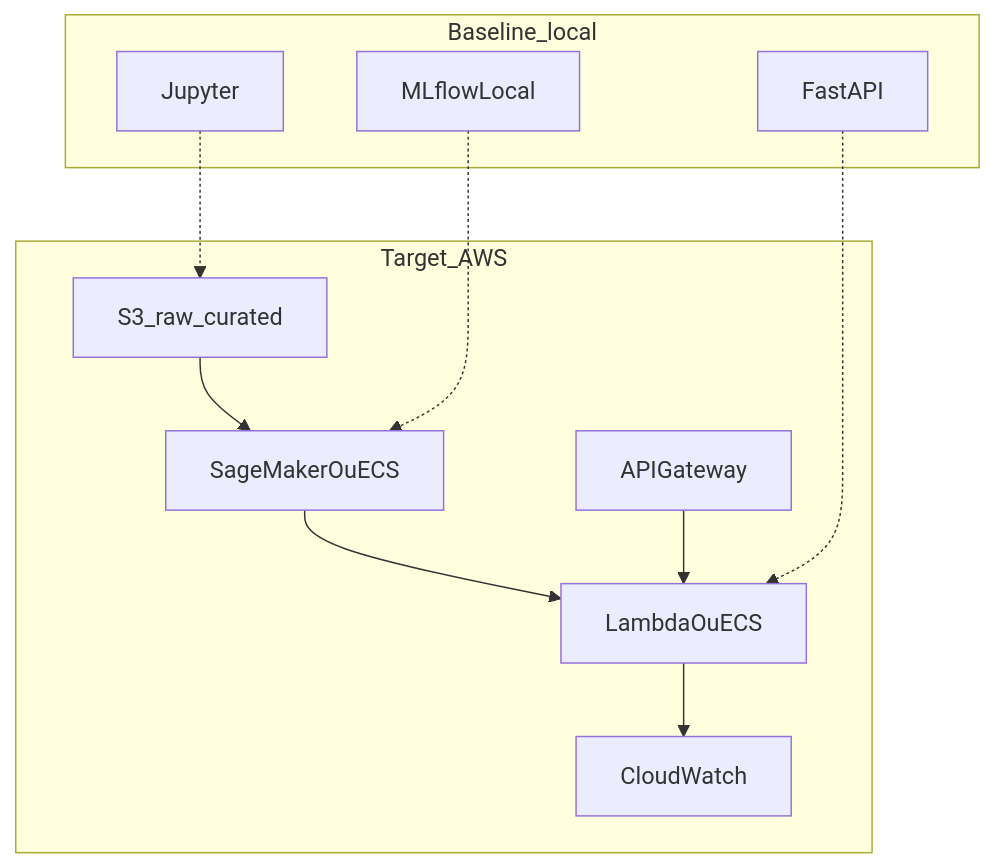
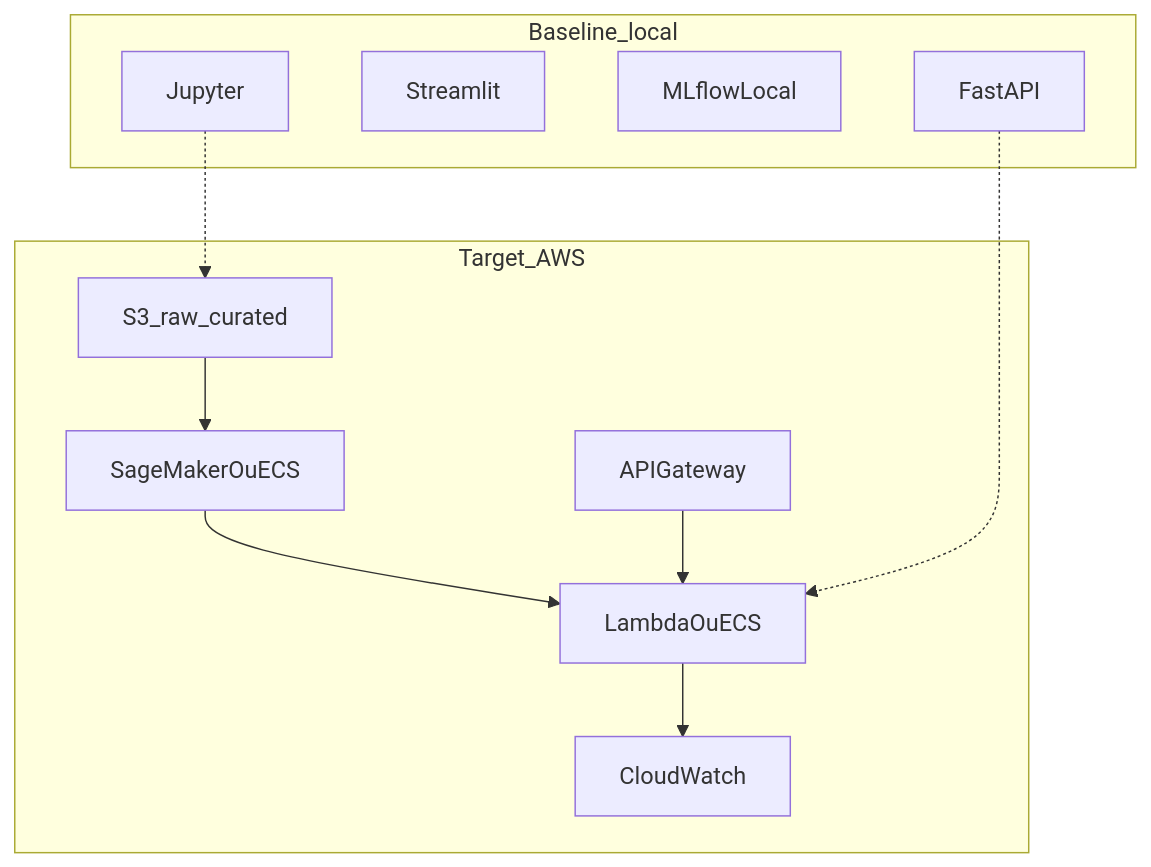
One commit to edu1006/datathon-7mlet changed the eighth of 8 diagrams in README.md. Above: the diagram before and after it, drawn with Mermaid. The commit also changed other lines of this file and 22 other files, not shown here.

````diff
--- a/README.md
+++ b/README.md
@@ -287,20 +303,20 @@
 ```mermaid
 flowchart TB
   subgraph local [Baseline_local]
     nb[Jupyter]
+    ui2[Streamlit]
     mlf[MLflowLocal]
     fa[FastAPI]
   end
   subgraph aws [Target_AWS]
     s3[S3_raw_curated]
     job[SageMakerOuECS]
     apigw[APIGateway]
     rec[LambdaOuECS]
     cw[CloudWatch]
     s3 --> job --> rec
     apigw --> rec --> cw
   end
   nb -.-> s3
   fa -.-> rec
-  mlf -.-> job
 ```
````
